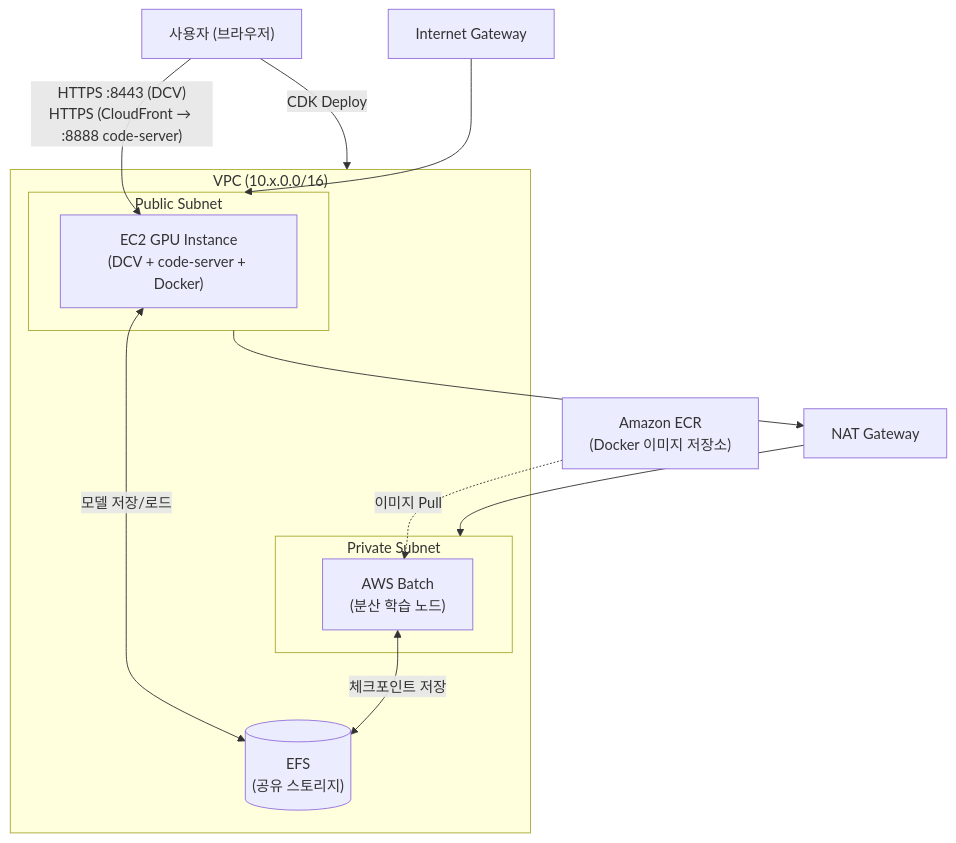
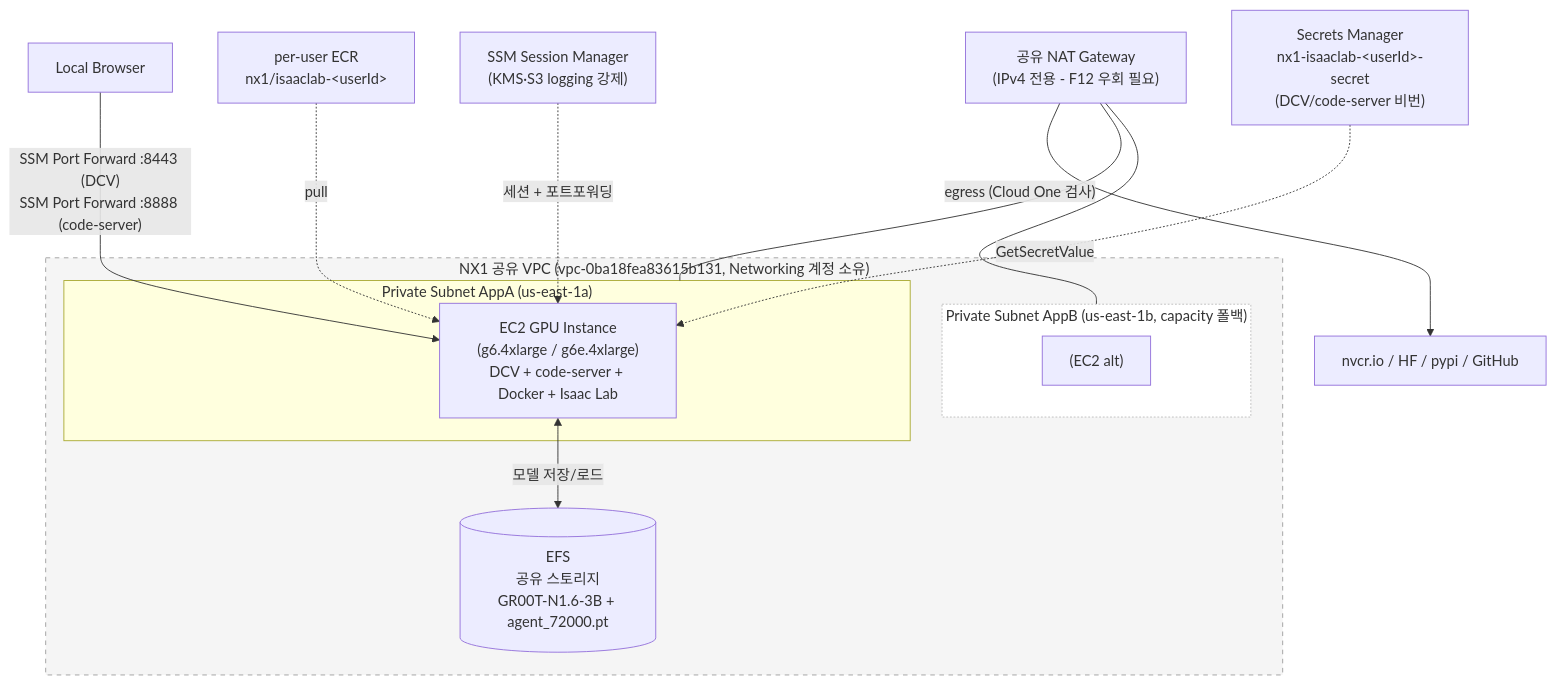
The diagram in guide/e2e-workshop/1.-isaaclab-infra-setup.md (seokjushin/physical-ai-aws-docs), drawn with Mermaid before and after one commit. The commit also changed other lines of this file, not shown here.

First line of the commit message:
docs(nx1): module 1 isaaclab-infra-setup NX1판 재작성

````diff
--- a/guide/e2e-workshop/1.-isaaclab-infra-setup.md
+++ b/guide/e2e-workshop/1.-isaaclab-infra-setup.md
@@ -81,22 +88,26 @@
 ```mermaid
 flowchart TB
-    User["사용자 (브라우저)"] -->|"HTTPS :8443 (DCV)\nHTTPS (CloudFront → :8888 code-server)"| EC2
+    Browser["Local Browser"] -->|"SSM Port Forward :8443 (DCV)\nSSM Port Forward :8888 (code-server)"| EC2
 
-    subgraph VPC["VPC (10.x.0.0/16)"]
-        subgraph Public["Public Subnet"]
-            EC2["EC2 GPU Instance\n(DCV + code-server + Docker)"]
+    subgraph SharedVPC["NX1 공유 VPC (vpc-0ba18fea83615b131, Networking 계정 소유)"]
+        subgraph PrivateA["Private Subnet AppA (us-east-1a)"]
+            EC2["EC2 GPU Instance\n(g6.4xlarge / g6e.4xlarge)\nDCV + code-server + Docker + Isaac Lab"]
         end
-        subgraph Private["Private Subnet"]
-            Batch["AWS Batch\n(분산 학습 노드)"]
+        subgraph PrivateB["Private Subnet AppB (us-east-1b, capacity 폴백)"]
+            EC2alt["(EC2 alt)"]
         end
-        EFS[("EFS\n(공유 스토리지)")]
+        EFS[("EFS\n공유 스토리지\nGR00T-N1.6-3B + agent_72000.pt")]
         EC2 <-->|"모델 저장/로드"| EFS
-        Batch <-->|"체크포인트 저장"| EFS
     end
 
-    IGW["Internet Gateway"] --> Public
-    Public --> NAT["NAT Gateway"]
-    NAT --> Private
-    ECR["Amazon ECR\n(Docker 이미지 저장소)"] -.->|"이미지 Pull"| Batch
-    User -->|"CDK Deploy"| VPC
+    NAT["공유 NAT Gateway\n(IPv4 전용 - F12 우회 필요)"] --- PrivateA
+    NAT --- PrivateB
+    NAT -->|"egress (Cloud One 검사)"| Internet["nvcr.io / HF / pypi / GitHub"]
+    ECR["per-user ECR\nnx1/isaaclab-&lt;userId&gt;"] -.->|"pull"| EC2
+
+    SSM["SSM Session Manager\n(KMS·S3 logging 강제)"] -.->|"세션 + 포트포워딩"| EC2
+    SecMgr["Secrets Manager\nnx1-isaaclab-&lt;userId&gt;-secret\n(DCV/code-server 비번)"] -.->|"GetSecretValue"| EC2
+
+    style SharedVPC fill:#f5f5f5,stroke:#9e9e9e,stroke-dasharray: 5 5
+    style PrivateB fill:#fff,stroke:#bbb,stroke-dasharray: 2 2
 ```
````
